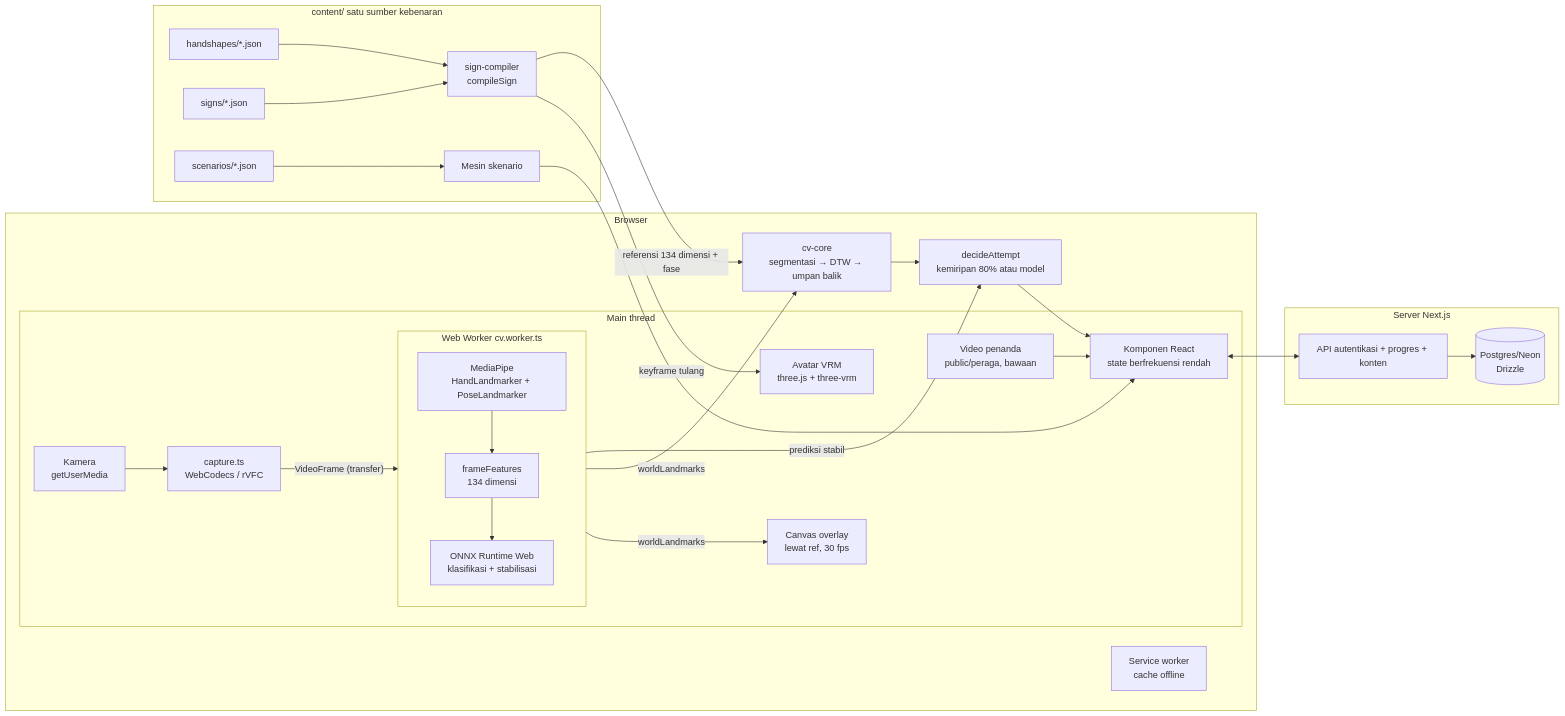
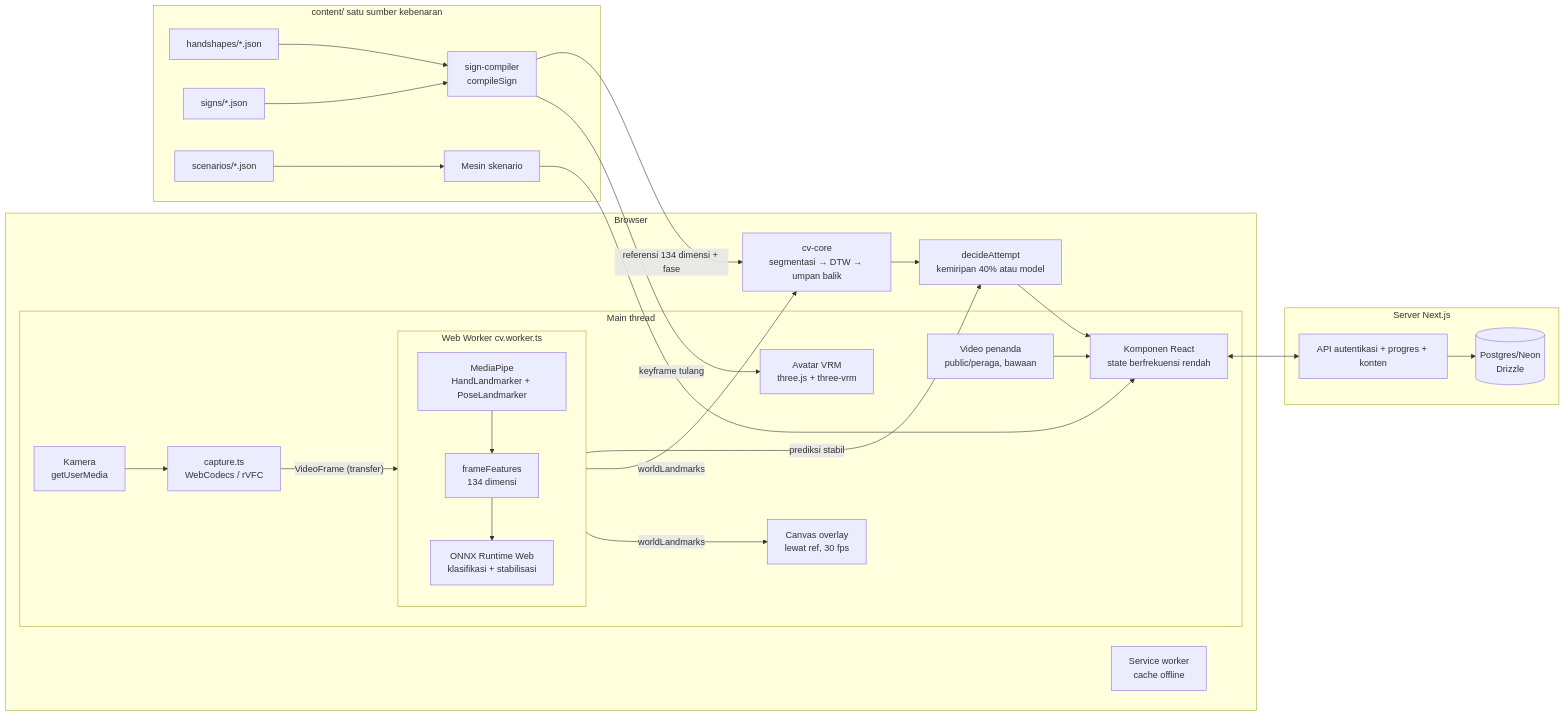
One commit to benditandayusaputra/lakon-app changed the diagram in docs/architecture.md. Above: the diagram before and after it, drawn with Mermaid. The commit also changed other lines of this file and 2 other files, not shown here.

Commit message:
🔧 Turunkan ambang lulus praktik ke kemiripan 40%
Ambang 80% menuntut gerakan hampir sama persis dengan penanda di video, sehingga orang lain yang memeragakan dengan benar tetap dinilai belum tepat.

````diff
--- a/docs/architecture.md
+++ b/docs/architecture.md
@@ -13,39 +13,39 @@
 ```mermaid
 flowchart LR
   subgraph Browser
     subgraph MainThread[Main thread]
       CAM[Kamera\ngetUserMedia] --> CAP[capture.ts\nWebCodecs / rVFC]
       CAP -- "VideoFrame (transfer)" --> W
       OVR[Canvas overlay\nlewat ref, 30 fps]
       UI[Komponen React\nstate berfrekuensi rendah]
       AVA[Avatar VRM\nthree.js + three-vrm]
       VID[Video penanda\npublic/peraga, bawaan]
     end
     subgraph W[Web Worker cv.worker.ts]
       MP[MediaPipe\nHandLandmarker + PoseLandmarker] --> FEAT[frameFeatures\n134 dimensi]
       FEAT --> ORT[ONNX Runtime Web\nklasifikasi + stabilisasi]
     end
     W -- "worldLandmarks" --> OVR
     W -- "worldLandmarks" --> VER[cv-core\nsegmentasi → DTW → umpan balik]
-    W -- "prediksi stabil" --> FUSE[decideAttempt\nkemiripan 80% atau model]
+    W -- "prediksi stabil" --> FUSE[decideAttempt\nkemiripan 40% atau model]
     VER --> FUSE
     FUSE --> UI
     SW[Service worker\ncache offline]
   end
 
   subgraph Content[content/ satu sumber kebenaran]
     HS[handshapes/*.json] --> COMP
     SG[signs/*.json] --> COMP[sign-compiler\ncompileSign]
     SC[scenarios/*.json] --> ENG[Mesin skenario]
   end
 
   COMP -- "keyframe tulang" --> AVA
   COMP -- "referensi 134 dimensi + fase" --> VER
   ENG --> UI
 
   subgraph Server[Server Next.js]
     API[API autentikasi + progres + konten] --> DB[(Postgres/Neon\nDrizzle)]
   end
   UI <--> API
   VID --> UI
 ```
````
